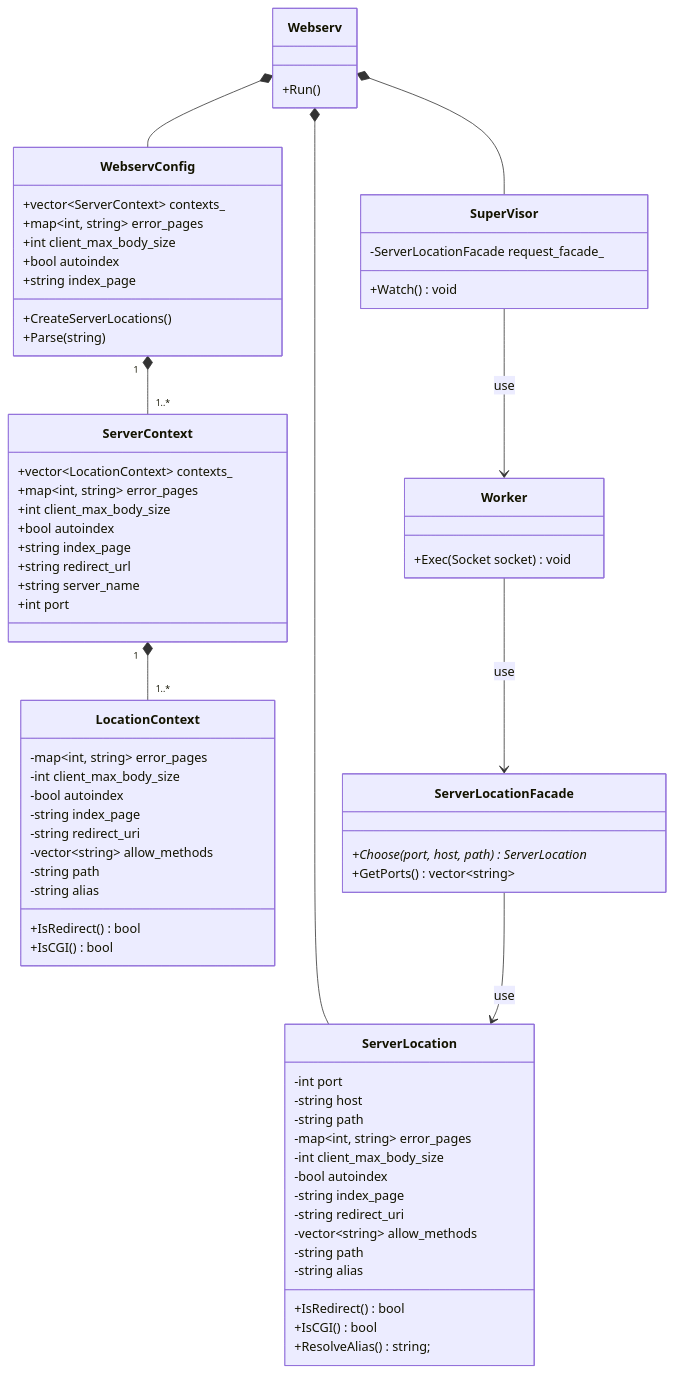
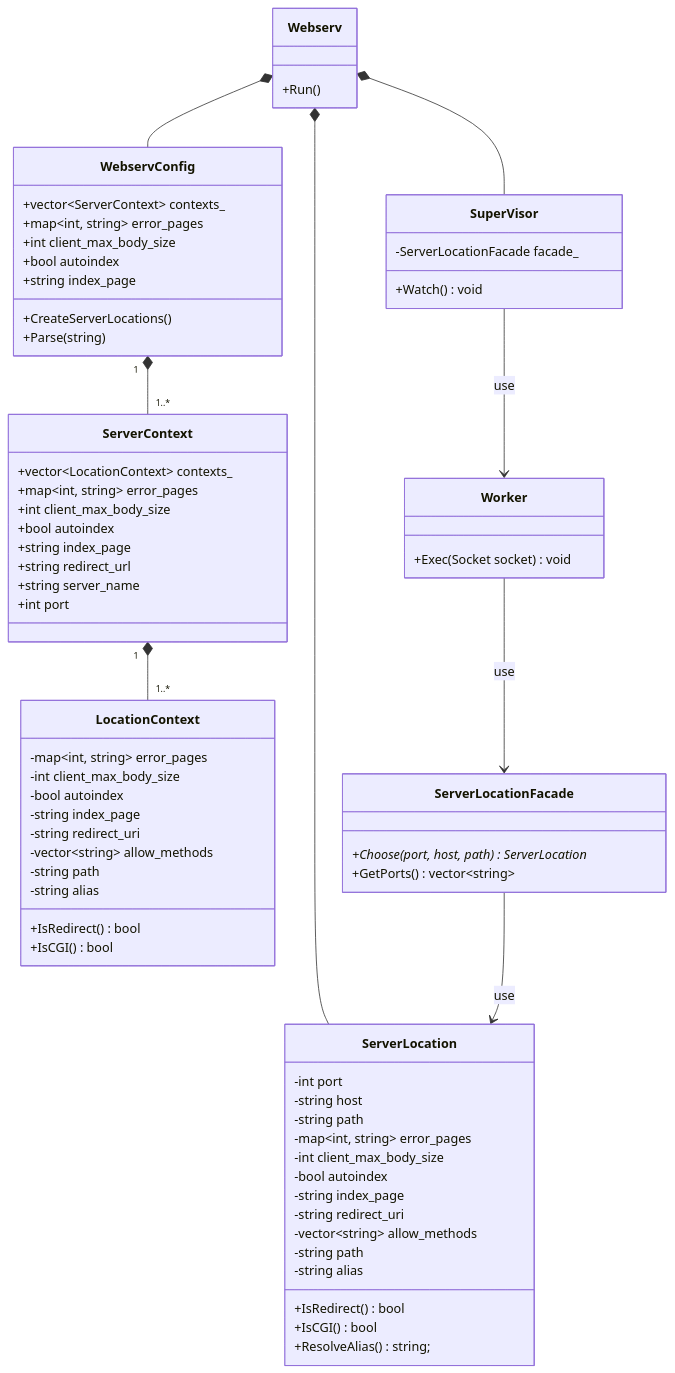
Before and after one commit to katataku/webserv: the diagram in docs/class/config_class.md, drawn with Mermaid. The commit also changed 1 other file, not shown here.

Commit message:
fix: インデントを修正

```diff
--- a/docs/class/config_class.md
+++ b/docs/class/config_class.md
@@ -50,7 +50,7 @@
 
     %% IO多重化とソケットクラスを生成してWorkerに処理を依頼するまでを担当する%%
     class SuperVisor {
-        -ServerLocationFacade request_facade_
+        -ServerLocationFacade facade_
         +Watch() void
     }
 
```
